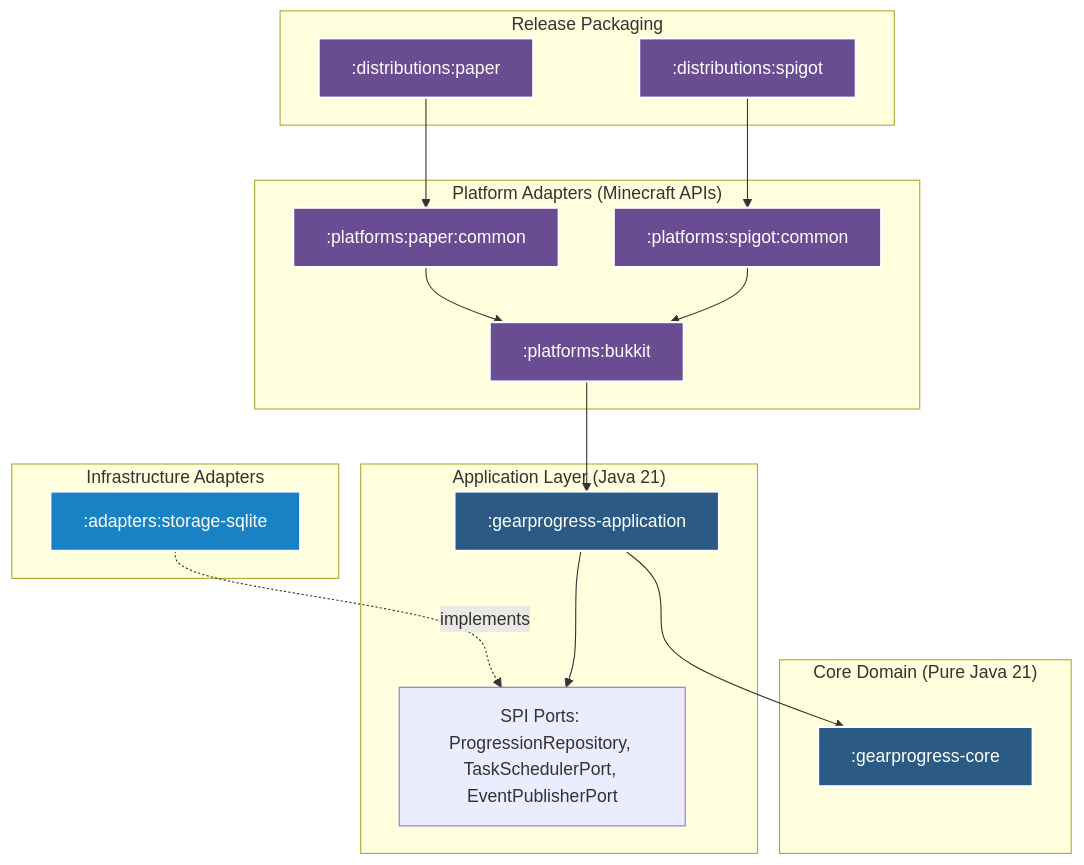
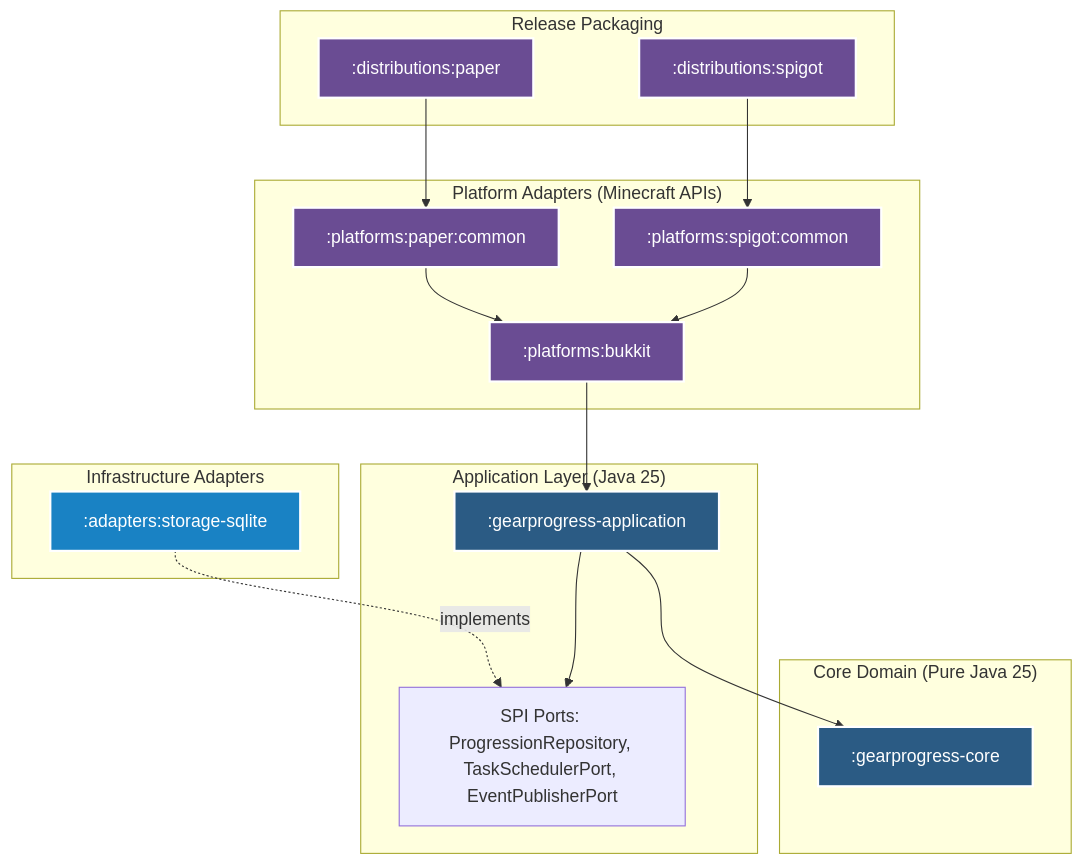
Before and after one commit to kizio806/GearProgress: the diagram in docs/architecture.md, drawn with Mermaid. The commit also changed other lines of this file and 46 other files, not shown here.

````diff
--- a/docs/architecture.md
+++ b/docs/architecture.md
@@ -19,42 +19,42 @@
 ```mermaid
 flowchart TD
     subgraph ReleaseDistributions ["Release Packaging"]
         DistPaper[":distributions:paper"]
         DistSpigot[":distributions:spigot"]
     end
 
     subgraph PlatformAdapters ["Platform Adapters (Minecraft APIs)"]
         PlatPaper[":platforms:paper:common"]
         PlatSpigot[":platforms:spigot:common"]
         PlatBukkit[":platforms:bukkit"]
     end
 
-    subgraph ApplicationLayer ["Application Layer (Java 21)"]
+    subgraph ApplicationLayer ["Application Layer (Java 25)"]
         App[":gearprogress-application"]
         Ports["SPI Ports: ProgressionRepository, TaskSchedulerPort, EventPublisherPort"]
     end
 
-    subgraph CoreDomain ["Core Domain (Pure Java 21)"]
+    subgraph CoreDomain ["Core Domain (Pure Java 25)"]
         Core[":gearprogress-core"]
     end
 
     subgraph InfrastructureAdapters ["Infrastructure Adapters"]
         StorageSQLite[":adapters:storage-sqlite"]
     end
 
     DistPaper --> PlatPaper
     DistSpigot --> PlatSpigot
     PlatPaper --> PlatBukkit
     PlatSpigot --> PlatBukkit
     PlatBukkit --> App
     StorageSQLite -. implements .-> Ports
     App --> Ports
     App --> Core
 
     classDef pure fill:#2b5b84,stroke:#fff,stroke-width:2px,color:#fff;
     classDef platform fill:#6a4c93,stroke:#fff,stroke-width:2px,color:#fff;
     classDef infra fill:#1982c4,stroke:#fff,stroke-width:2px,color:#fff;
     class Core,App pure;
     class PlatPaper,PlatSpigot,PlatBukkit,DistPaper,DistSpigot platform;
     class StorageSQLite infra;
 ```
````
